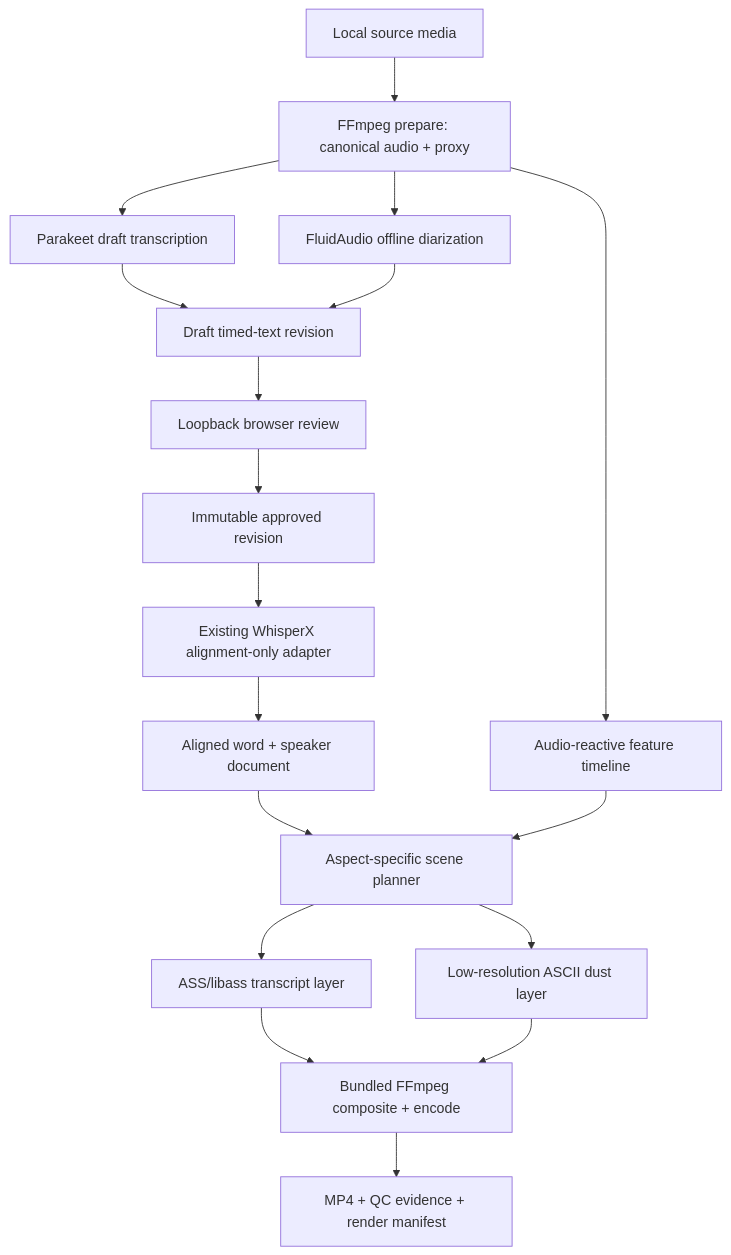
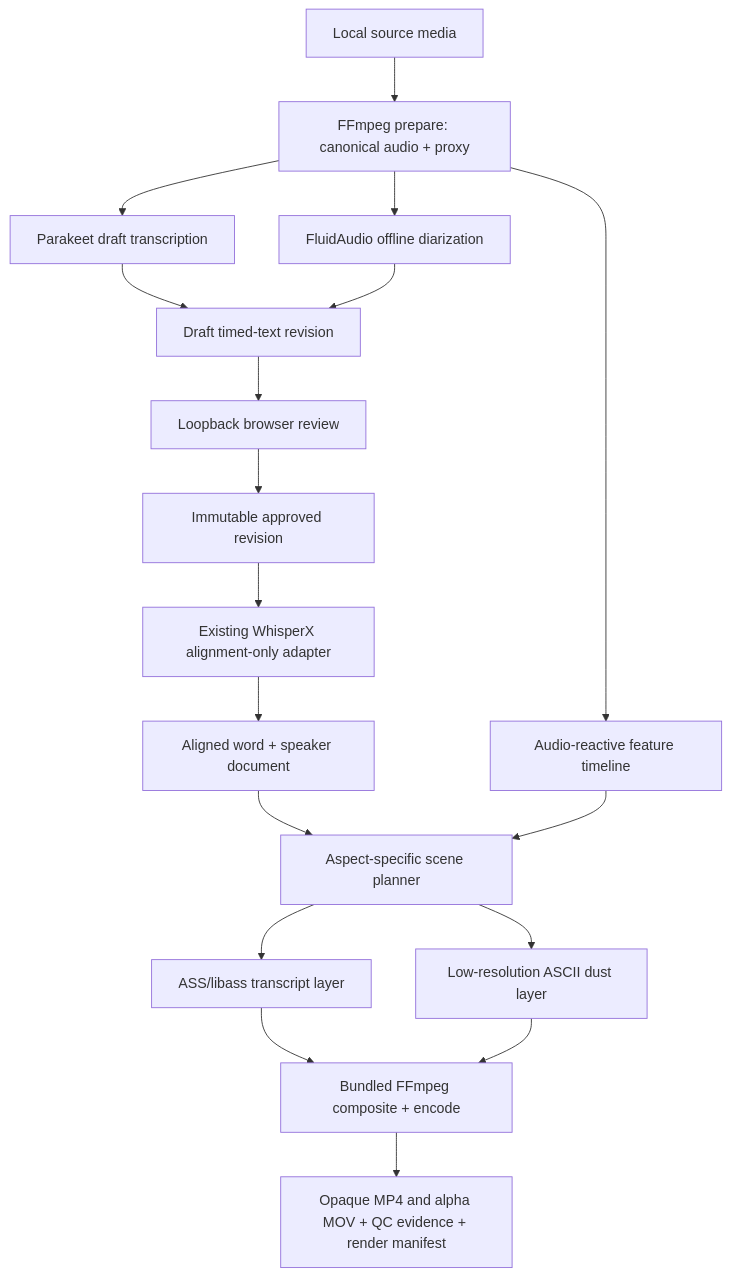
One commit to aindaco1/podcast-visualizer changed the diagram in docs/implementation-plan.md. Above: the diagram before and after it, drawn with Mermaid. The commit also changed other lines of this file and 16 other files, not shown here.

````diff
--- a/docs/implementation-plan.md
+++ b/docs/implementation-plan.md
@@ -68,20 +70,20 @@
 ```mermaid
 flowchart TD
     A["Local source media"] --> B["FFmpeg prepare: canonical audio + proxy"]
     B --> C["Parakeet draft transcription"]
     B --> D["FluidAudio offline diarization"]
     C --> E["Draft timed-text revision"]
     D --> E
     E --> F["Loopback browser review"]
     F --> G["Immutable approved revision"]
     G --> H["Existing WhisperX alignment-only adapter"]
     H --> I["Aligned word + speaker document"]
     B --> J["Audio-reactive feature timeline"]
     I --> K["Aspect-specific scene planner"]
     J --> K
     K --> L["ASS/libass transcript layer"]
     K --> M["Low-resolution ASCII dust layer"]
     L --> N["Bundled FFmpeg composite + encode"]
     M --> N
-    N --> O["MP4 + QC evidence + render manifest"]
+    N --> O["Opaque MP4 and alpha MOV + QC evidence + render manifest"]
 ```
````
